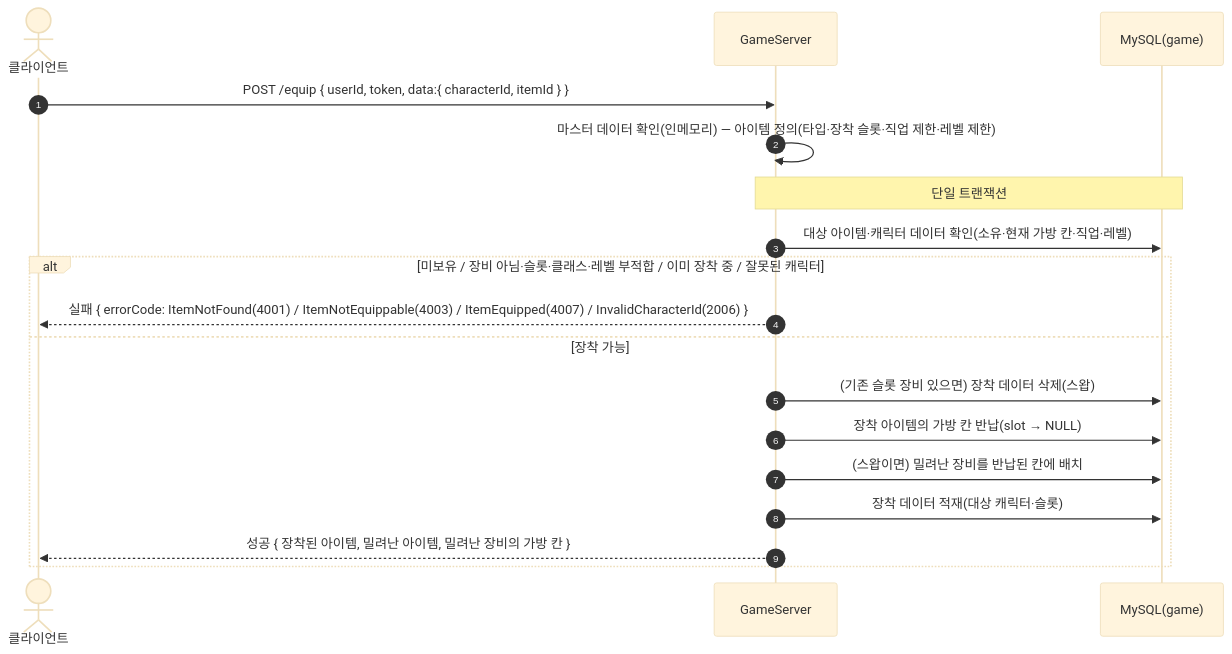
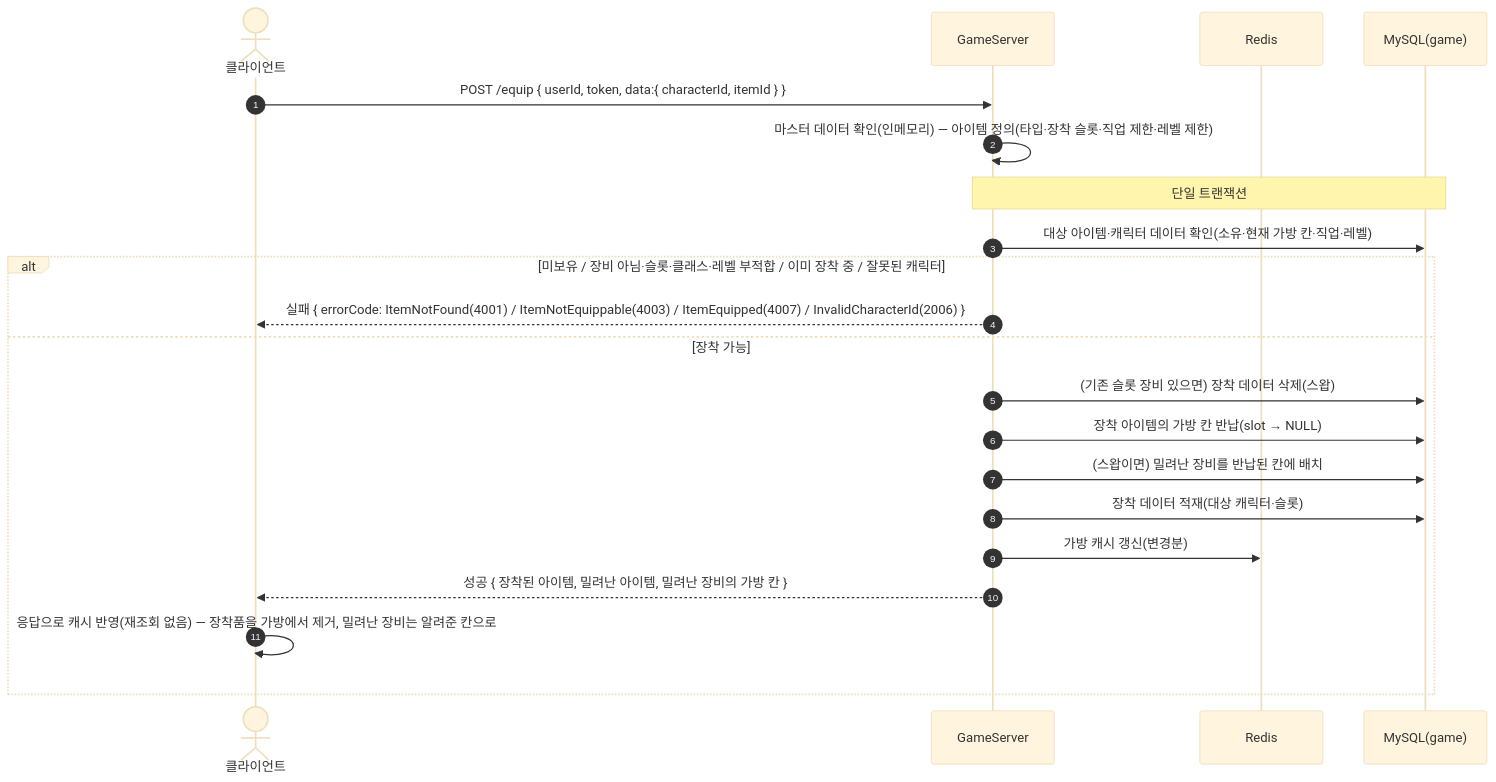
One commit to ks-wook/com2us-taskbar-hero changed diagram 12 of 35 in SequenceDiagram/README.md. Above: the diagram before and after it, drawn with Mermaid (base theme). The commit also changed other lines of this file and 13 other files, not shown here.

````diff
--- a/SequenceDiagram/README.md
+++ b/SequenceDiagram/README.md
@@ -404,21 +416,24 @@
 ```mermaid
 sequenceDiagram
     autonumber
     actor C as 클라이언트
     participant S as GameServer
+    participant R as Redis
     participant DB as MySQL(game)
 
     C->>S: POST /equip { userId, token, data:{ characterId, itemId } }
     S->>S: 마스터 데이터 확인(인메모리) — 아이템 정의(타입·장착 슬롯·직업 제한·레벨 제한)
     Note over S,DB: 단일 트랜잭션
     S->>DB: 대상 아이템·캐릭터 데이터 확인(소유·현재 가방 칸·직업·레벨)
     alt 미보유 / 장비 아님·슬롯·클래스·레벨 부적합 / 이미 장착 중 / 잘못된 캐릭터
         S-->>C: 실패 { errorCode: ItemNotFound(4001) / ItemNotEquippable(4003) / ItemEquipped(4007) / InvalidCharacterId(2006) }
     else 장착 가능
         S->>DB: (기존 슬롯 장비 있으면) 장착 데이터 삭제(스왑)
         S->>DB: 장착 아이템의 가방 칸 반납(slot → NULL)
         S->>DB: (스왑이면) 밀려난 장비를 반납된 칸에 배치
         S->>DB: 장착 데이터 적재(대상 캐릭터·슬롯)
+        S->>R: 가방 캐시 갱신(변경분)
         S-->>C: 성공 { 장착된 아이템, 밀려난 아이템, 밀려난 장비의 가방 칸 }
+        C->>C: 응답으로 캐시 반영(재조회 없음) — 장착품을 가방에서 제거, 밀려난 장비는 알려준 칸으로
     end
 ```
````
